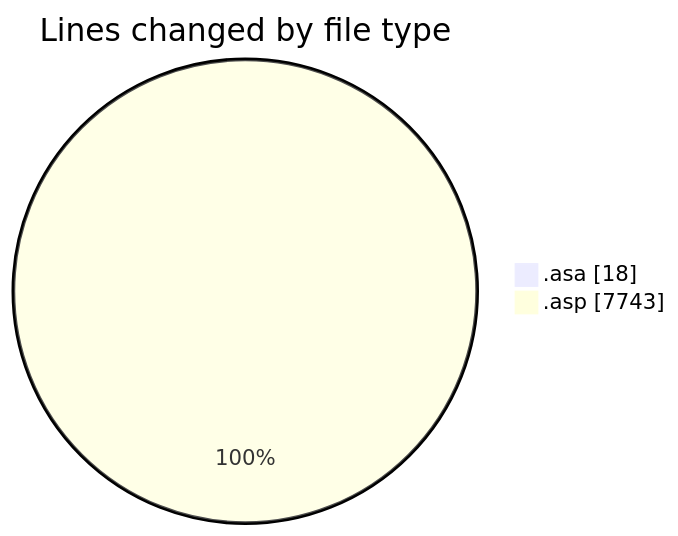
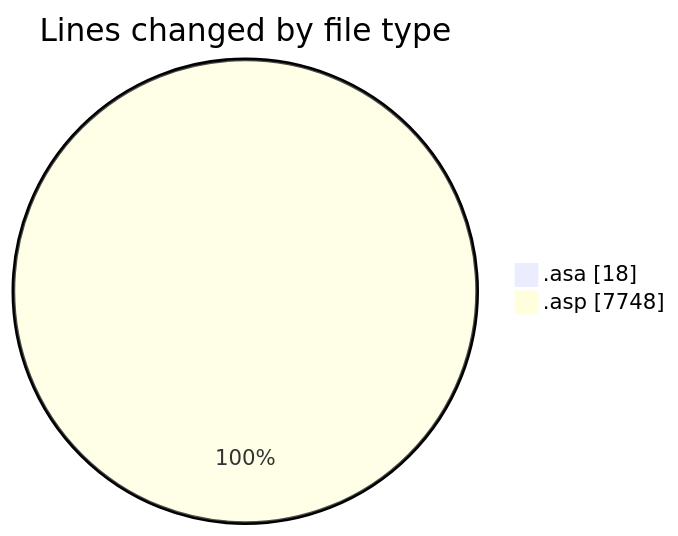
One commit to julien-gomy/code-tracking changed the first of 2 diagrams in 2025-11-06/usr_aleoudev_fr__workspace_/README.md. Above: the diagram before and after it, drawn with Mermaid. The commit also changed other lines of this file and 1 other file, not shown here.

````diff
--- a/2025-11-06/usr_aleoudev_fr__workspace_/README.md
+++ b/2025-11-06/usr_aleoudev_fr__workspace_/README.md
@@ -24,6 +24,6 @@
 ```mermaid
 pie showData
 title Lines changed by file type
 ".asa" : 18
-".asp" : 7743
+".asp" : 7748
 ```
````
